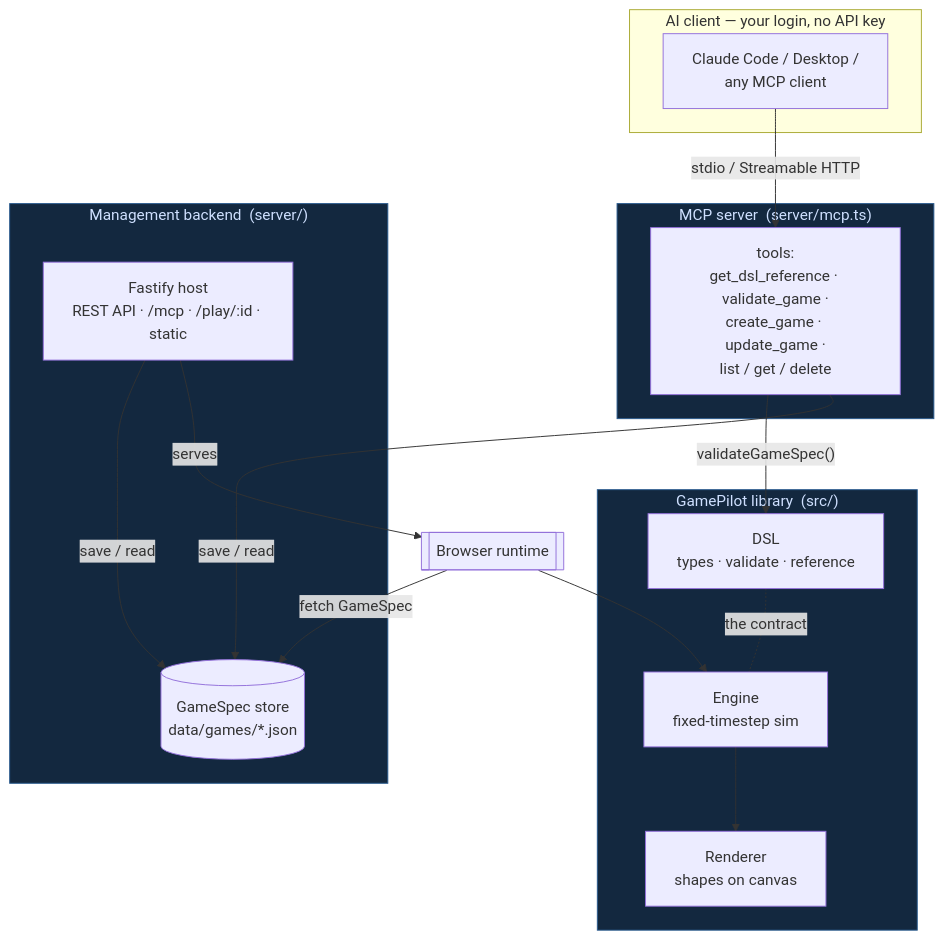
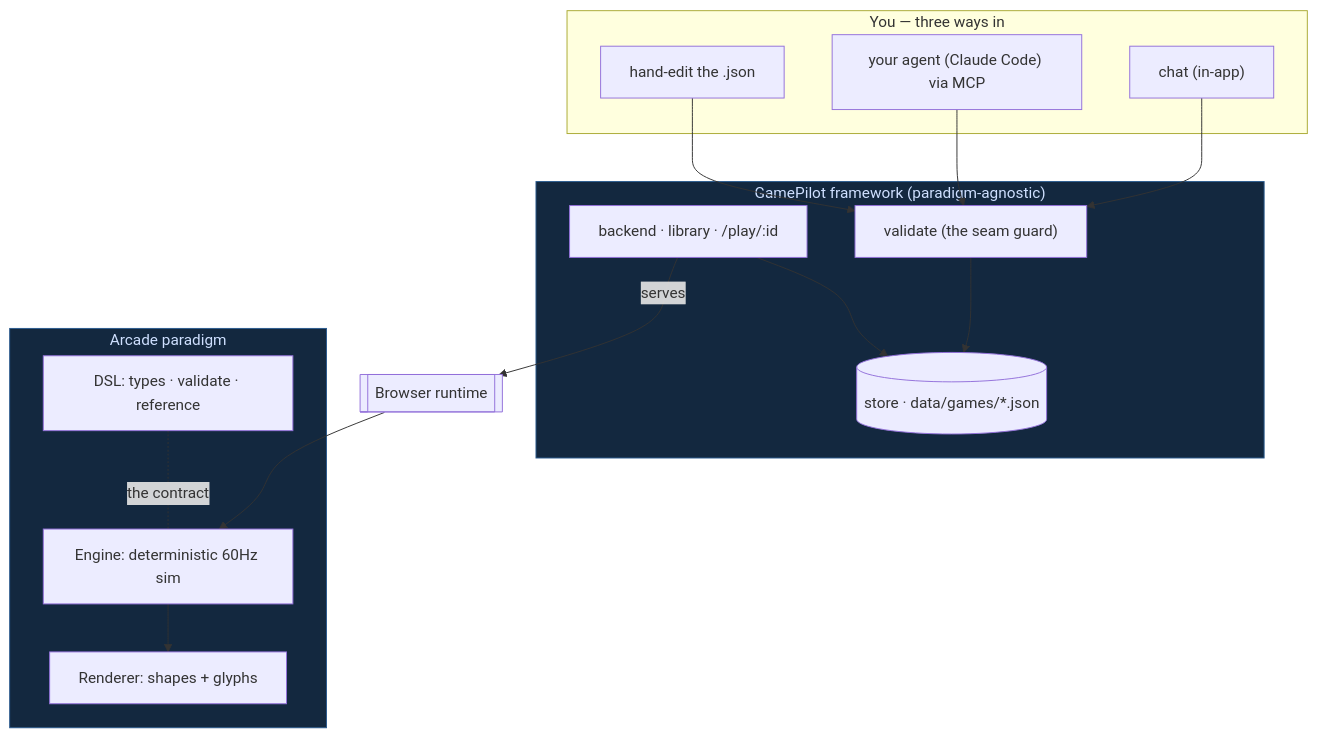
One commit to ybj91/GamePilot changed the diagram in README.md. Above: the diagram before and after it, drawn with Mermaid. The commit also changed other lines of this file and 2 other files, not shown here.

````diff
--- a/README.md
+++ b/README.md
@@ -53,35 +38,29 @@
 ```mermaid
 flowchart TB
-    subgraph clients["AI client — your login, no API key"]
-        A["Claude Code / Desktop /<br/>any MCP client"]
+    subgraph clients["You — three ways in"]
+        A["chat (in-app)"]
+        B["your agent (Claude Code) via MCP"]
+        C["hand-edit the .json"]
     end
-
-    subgraph mcp["MCP server &nbsp;(server/mcp.ts)"]
-        T["tools:<br/>get_dsl_reference · validate_game ·<br/>create_game · update_game ·<br/>list / get / delete"]
+    subgraph frame["GamePilot framework (paradigm-agnostic)"]
+        V["validate (the seam guard)"]
+        S[("store · data/games/*.json")]
+        H["backend · library · /play/:id"]
     end
-
-    subgraph backend["Management backend &nbsp;(server/)"]
-        H["Fastify host<br/>REST API · /mcp · /play/:id · static"]
-        S[("GameSpec store<br/>data/games/*.json")]
+    subgraph game["Arcade paradigm"]
+        D["DSL: types · validate · reference"]
+        E["Engine: deterministic 60Hz sim"]
+        R["Renderer: shapes + glyphs"]
     end
-
-    subgraph lib["GamePilot library &nbsp;(src/)"]
-        D["DSL<br/>types · validate · reference"]
-        E["Engine<br/>fixed-timestep sim"]
-        R["Renderer<br/>shapes on canvas"]
-    end
-
-    Browser[["Browser runtime"]]
-
-    A -- "stdio / Streamable HTTP" --> T
-    T -- "validateGameSpec()" --> D
-    T -- "save / read" --> S
-    H -- "save / read" --> S
-    H -- "serves" --> Browser
-    Browser -- "fetch GameSpec" --> S
+    A --> V
+    B --> V
+    C --> V
+    V --> S
+    H --> S
+    H -- serves --> Browser[["Browser runtime"]]
     Browser --> E --> R
     D -. "the contract" .- E
 
     classDef done fill:#13283f,stroke:#2a5b8f,color:#cfe0ff;
-    class mcp,backend,lib done;
+    class frame,game done;
 ```
````
